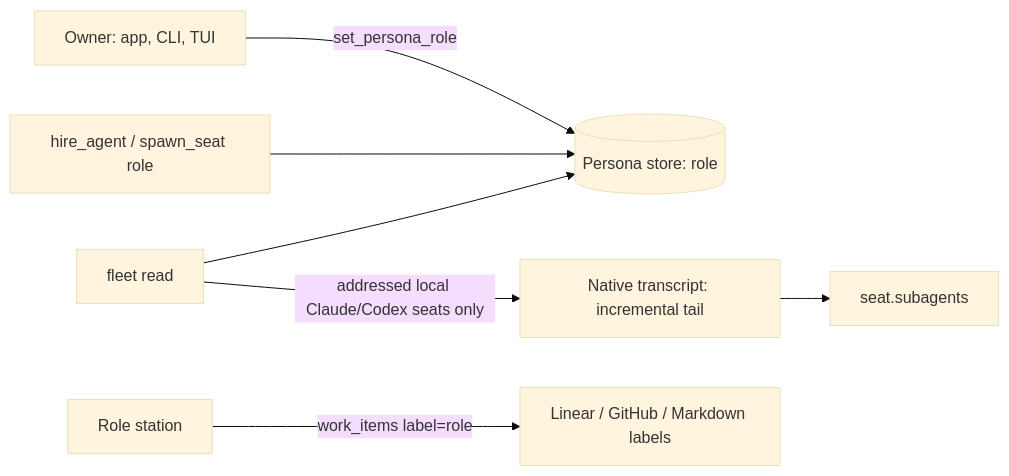
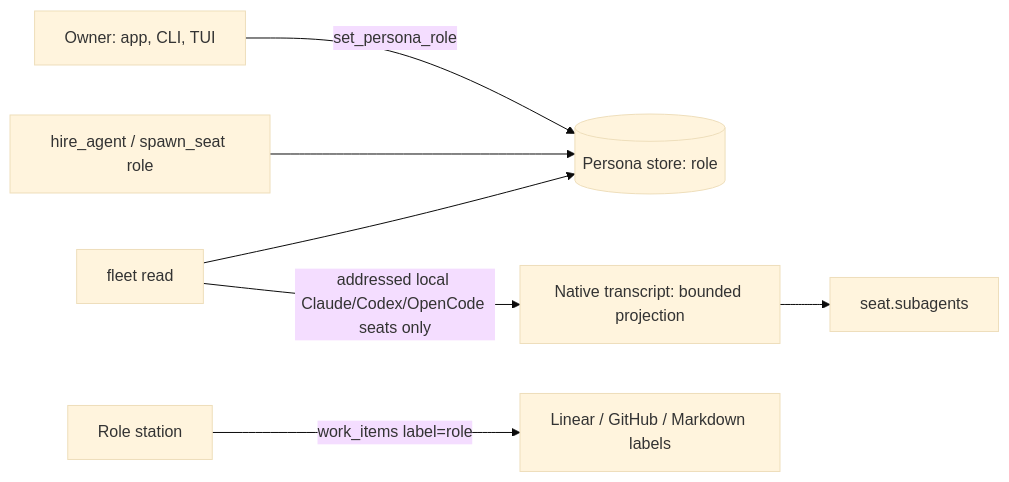
The diagram in docs/adr/0208-agents-carry-a-role-the-world-reads-it.md (Volpestyle/clankie), drawn with Mermaid (base theme) before and after one commit. The commit also changed other lines of this file and 14 other files, not shown here.

Commit message:
Read OpenCode tasks through the existing seat subagent path

````diff
--- a/docs/adr/0208-agents-carry-a-role-the-world-reads-it.md
+++ b/docs/adr/0208-agents-carry-a-role-the-world-reads-it.md
@@ -80,9 +102,9 @@
 ```mermaid
 flowchart LR
   Owner[Owner: app, CLI, TUI] -->|set_persona_role| Persona[(Persona store: role)]
   Hire[hire_agent / spawn_seat role] --> Persona
   Fleet[fleet read] --> Persona
-  Fleet -->|addressed local Claude/Codex seats only| Transcript[Native transcript: incremental tail]
+  Fleet -->|addressed local Claude/Codex/OpenCode seats only| Transcript[Native transcript: bounded projection]
   Transcript --> Subagents[seat.subagents]
   Station[Role station] -->|work_items label=role| Tracker[Linear / GitHub / Markdown labels]
 ```
````
